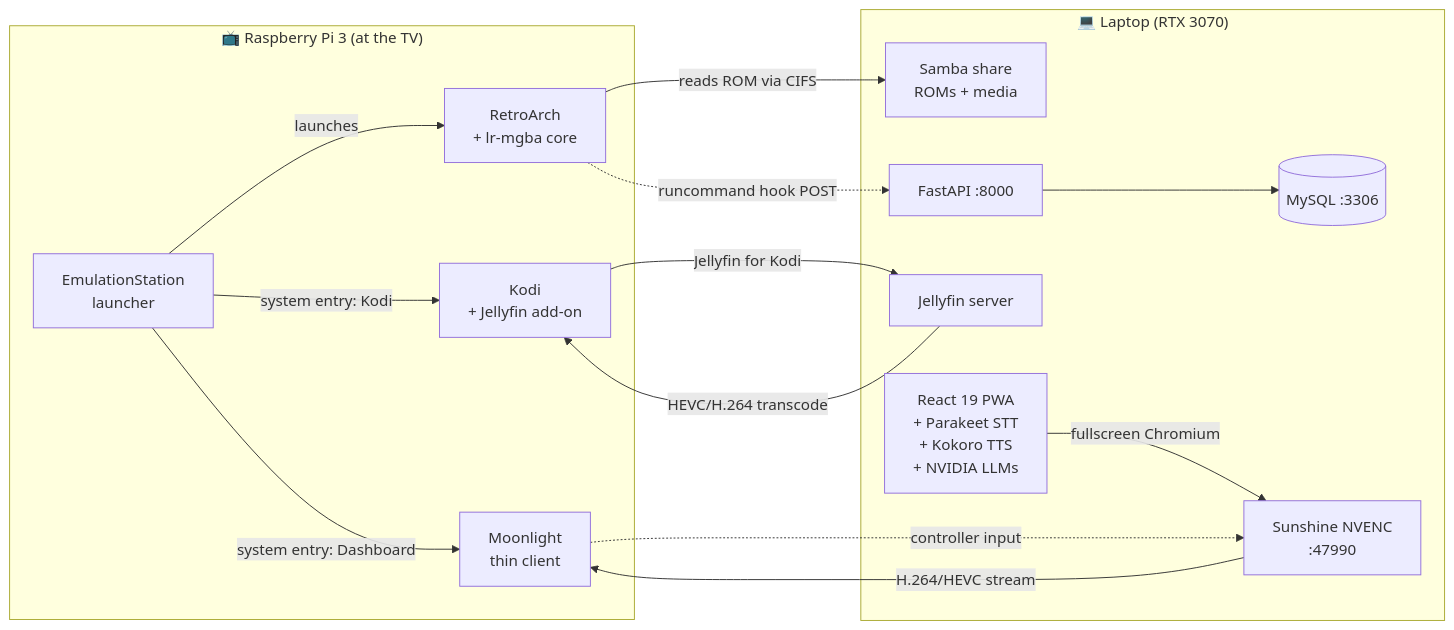
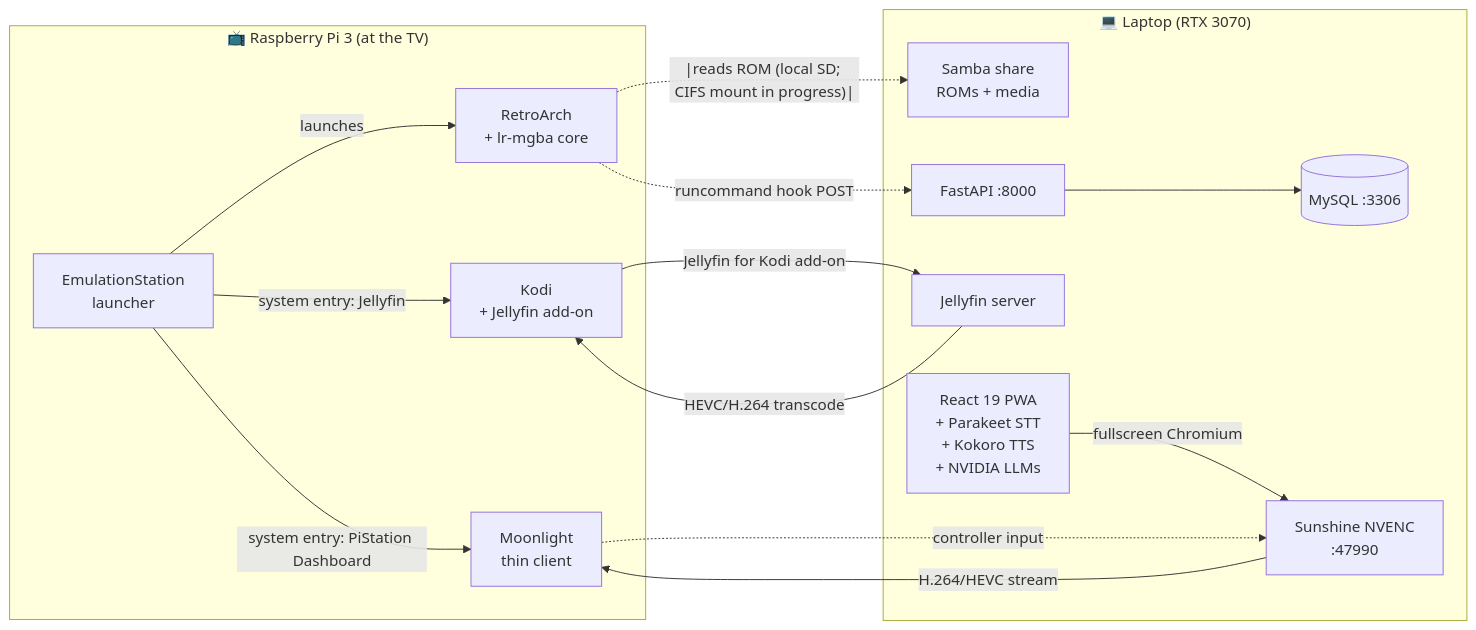
The diagram in README.md (AlviHossain97/RetroWeb), drawn with Mermaid before and after one commit. The commit also changed other lines of this file and 8 other files, not shown here.

````diff
--- a/README.md
+++ b/README.md
@@ -30,30 +30,30 @@
 ```mermaid
 flowchart LR
   subgraph Pi["📺 Raspberry Pi 3 (at the TV)"]
     ES[EmulationStation<br/>launcher]
     RA[RetroArch<br/>+ lr-mgba core]
     KO[Kodi<br/>+ Jellyfin add-on]
     ML[Moonlight<br/>thin client]
   end
 
   subgraph Laptop["💻 Laptop (RTX 3070)"]
     SMB[Samba share<br/>ROMs + media]
     API[FastAPI :8000]
     MY[(MySQL :3306)]
     JF[Jellyfin server]
     DASH[React 19 PWA<br/>+ Parakeet STT<br/>+ Kokoro TTS<br/>+ NVIDIA LLMs]
     SUN[Sunshine NVENC<br/>:47990]
   end
 
   ES -->|launches| RA
   RA -.runcommand hook POST.-> API
   API --> MY
-  RA -->|reads ROM via CIFS| SMB
-  ES -->|"system entry: Kodi"| KO
-  KO -->|Jellyfin for Kodi| JF
+  RA -.|reads ROM (local SD; CIFS mount in progress)|.-> SMB
+  ES -->|"system entry: Jellyfin"| KO
+  KO -->|Jellyfin for Kodi add-on| JF
   JF -->|HEVC/H.264 transcode| KO
-  ES -->|"system entry: Dashboard"| ML
+  ES -->|"system entry: PiStation Dashboard"| ML
   DASH -->|fullscreen Chromium| SUN
   SUN -->|H.264/HEVC stream| ML
   ML -.controller input.-> SUN
 ```
````
